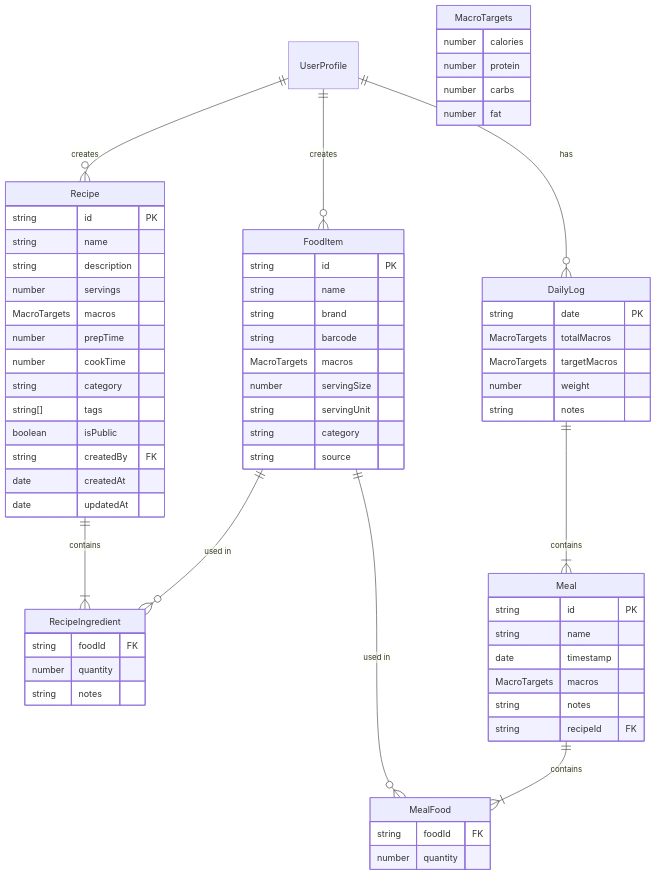
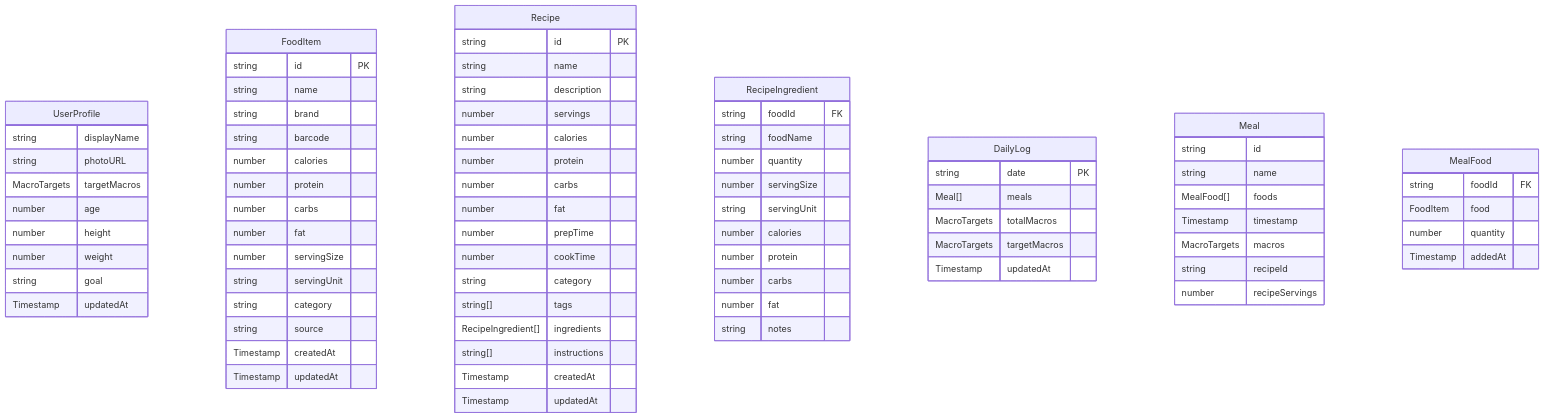
The second of 26 diagrams in doc/recipes-design.md (TimothyYao/meal-planning), drawn with Mermaid before and after one commit. The commit also changed other lines of this file, not shown here.

````diff
--- a/doc/recipes-design.md
+++ b/doc/recipes-design.md
@@ -16,33 +48,14 @@
 ```mermaid
 erDiagram
-    UserProfile ||--o{ Recipe : creates
-    UserProfile ||--o{ FoodItem : creates
-    UserProfile ||--o{ DailyLog : has
-    
-    FoodItem ||--o{ RecipeIngredient : "used in"
-    FoodItem ||--o{ MealFood : "used in"
-    
-    Recipe ||--|{ RecipeIngredient : contains
-    Recipe {
-        string id PK
-        string name
-        string description
-        number servings
-        MacroTargets macros
-        number prepTime
-        number cookTime
-        string category
-        string[] tags
-        boolean isPublic
-        string createdBy FK
-        date createdAt
-        date updatedAt
-    }
-    
-    RecipeIngredient {
-        string foodId FK
-        number quantity
-        string notes
+    UserProfile {
+        string displayName
+        string photoURL
+        MacroTargets targetMacros
+        number age
+        number height
+        number weight
+        string goal
+        Timestamp updatedAt
     }
     
     FoodItem {
@@ -50,41 +63,72 @@
         string name
         string brand
         string barcode
-        MacroTargets macros
+        number calories
+        number protein
+        number carbs
+        number fat
         number servingSize
         string servingUnit
         string category
         string source
+        Timestamp createdAt
+        Timestamp updatedAt
     }
     
-    DailyLog ||--|{ Meal : contains
-    DailyLog {
-        string date PK
-        MacroTargets totalMacros
-        MacroTargets targetMacros
-        number weight
+    Recipe {
+        string id PK
+        string name
+        string description
+        number servings
+        number calories
+        number protein
+        number carbs
+        number fat
+        number prepTime
+        number cookTime
+        string category
+        string[] tags
+        RecipeIngredient[] ingredients
+        string[] instructions
+        Timestamp createdAt
+        Timestamp updatedAt
+    }
+    
+    RecipeIngredient {
+        string foodId FK
+        string foodName
+        number quantity
+        number servingSize
+        string servingUnit
+        number calories
+        number protein
+        number carbs
+        number fat
         string notes
     }
     
-    Meal ||--|{ MealFood : contains
+    DailyLog {
+        string date PK
+        Meal[] meals
+        MacroTargets totalMacros
+        MacroTargets targetMacros
+        Timestamp updatedAt
+    }
+    
     Meal {
-        string id PK
+        string id
         string name
-        date timestamp
+        MealFood[] foods
+        Timestamp timestamp
         MacroTargets macros
-        string notes
-        string recipeId FK
+        string recipeId
+        number recipeServings
     }
     
     MealFood {
         string foodId FK
+        FoodItem food
         number quantity
-    }
-    
-    MacroTargets {
-        number calories
-        number protein
-        number carbs
-        number fat
+        Timestamp addedAt
     }
 ```
````
